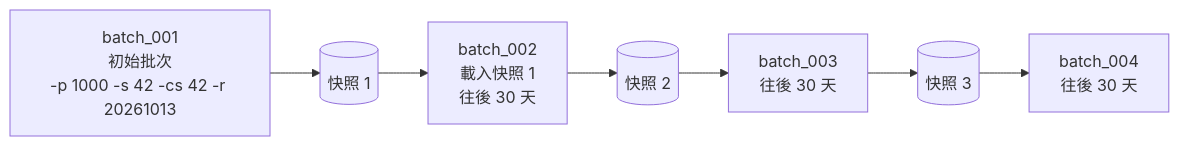
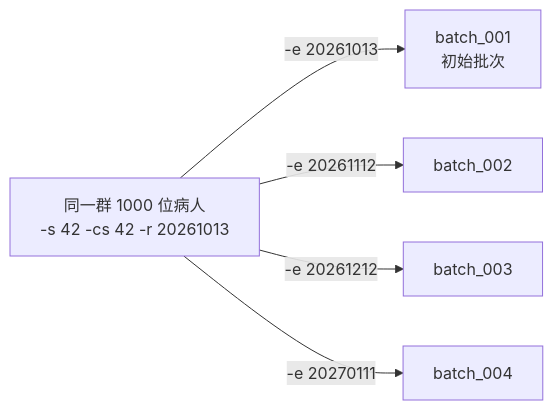
One commit to hcy1041116/fhir-lakehouse changed the first of 4 diagrams in docs/architecture.md. Above: the diagram before and after it, drawn with Mermaid. The commit also changed other lines of this file and 7 other files, not shown here.

````diff
--- a/docs/architecture.md
+++ b/docs/architecture.md
@@ -11,9 +13,8 @@
 ```mermaid
 flowchart LR
-    S1[(快照 1)] --> B2
-    B1["batch_001<br/>初始批次<br/>-p 1000 -s 42 -cs 42 -r 20261013"] --> S1
-    B2["batch_002<br/>載入快照 1<br/>往後 30 天"] --> S2[(快照 2)]
-    S2 --> B3["batch_003<br/>往後 30 天"]
-    B3 --> S3[(快照 3)]
-    S3 --> B4["batch_004<br/>往後 30 天"]
+    P["同一群 1000 位病人<br/>-s 42 -cs 42 -r 20261013"]
+    P -->|-e 20261013| B1["batch_001<br/>初始批次"]
+    P -->|-e 20261112| B2["batch_002"]
+    P -->|-e 20261212| B3["batch_003"]
+    P -->|-e 20270111| B4["batch_004"]
 ```
````
